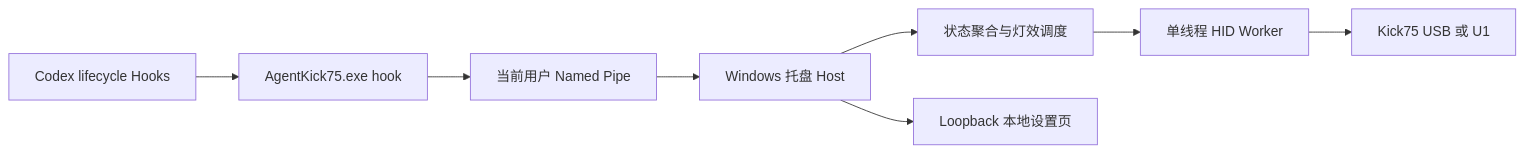
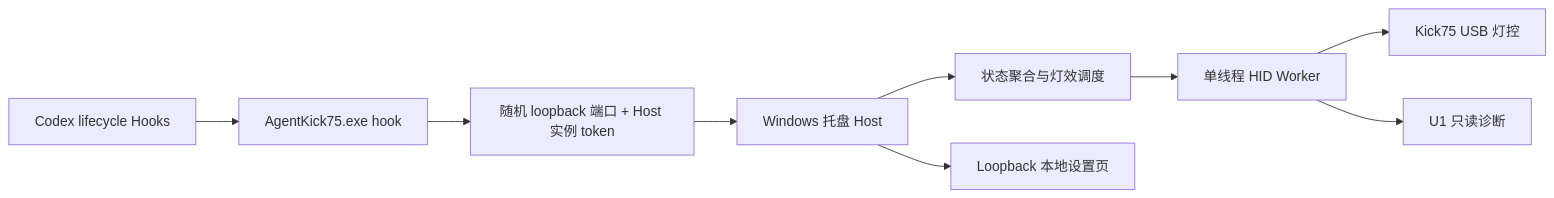
Before and after one commit to QuinMeow/codex-kick75-status-lights: the diagram in README.md, drawn with Mermaid. The commit also changed other lines of this file and 6 other files, not shown here.

```diff
--- a/README.md
+++ b/README.md
@@ -56,10 +62,11 @@
 ~~~mermaid
 flowchart LR
     C["Codex lifecycle Hooks"] --> H["AgentKick75.exe hook"]
-    H --> P["当前用户 Named Pipe"]
+    H --> P["随机 loopback 端口 + Host 实例 token"]
     P --> T["Windows 托盘 Host"]
     T --> S["状态聚合与灯效调度"]
     S --> W["单线程 HID Worker"]
-    W --> K["Kick75 USB 或 U1"]
+    W --> U["Kick75 USB 灯控"]
+    W --> D["U1 只读诊断"]
     T --> L["Loopback 本地设置页"]
 ~~~
```
